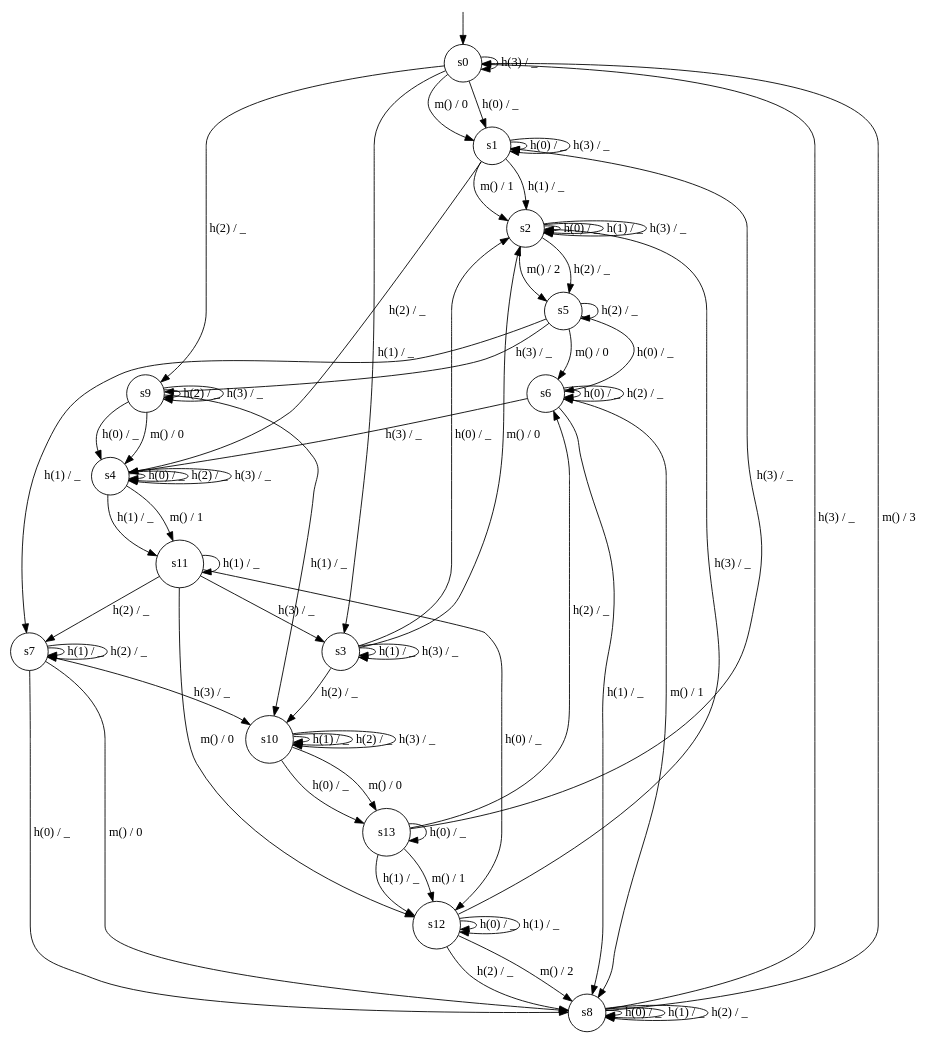
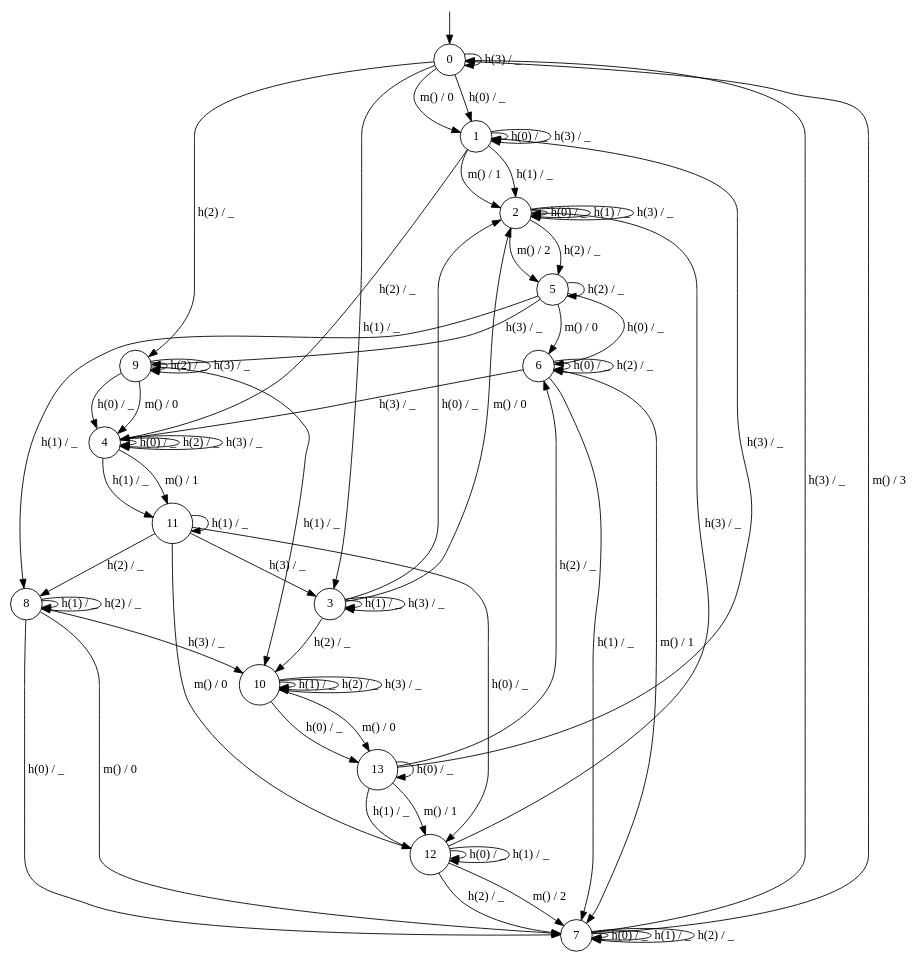
Before and after one commit to cgvwzq/polca: the diagram in models/simul/mru_4.dot, drawn with Graphviz.

Commit message:
fix reference model for mru

```diff
--- a/models/simul/mru_4.dot
+++ b/models/simul/mru_4.dot
@@ -1,91 +1,91 @@
 digraph g {
 
-	s0 [shape="circle" label="s0"];
-	s1 [shape="circle" label="s1"];
-	s2 [shape="circle" label="s2"];
-	s3 [shape="circle" label="s3"];
-	s4 [shape="circle" label="s4"];
-	s5 [shape="circle" label="s5"];
-	s6 [shape="circle" label="s6"];
-	s7 [shape="circle" label="s7"];
-	s8 [shape="circle" label="s8"];
-	s9 [shape="circle" label="s9"];
-	s10 [shape="circle" label="s10"];
-	s11 [shape="circle" label="s11"];
-	s12 [shape="circle" label="s12"];
-	s13 [shape="circle" label="s13"];
+	s0 [shape="circle" label="0"];
+	s1 [shape="circle" label="1"];
+	s2 [shape="circle" label="2"];
+	s3 [shape="circle" label="3"];
+	s4 [shape="circle" label="4"];
+	s5 [shape="circle" label="5"];
+	s6 [shape="circle" label="6"];
+	s7 [shape="circle" label="7"];
+	s8 [shape="circle" label="8"];
+	s9 [shape="circle" label="9"];
+	s10 [shape="circle" label="10"];
+	s11 [shape="circle" label="11"];
+	s12 [shape="circle" label="12"];
+	s13 [shape="circle" label="13"];
 	s0 -> s1 [label="h(0) / _"];
 	s0 -> s3 [label="h(1) / _"];
 	s0 -> s9 [label="h(2) / _"];
 	s0 -> s0 [label="h(3) / _"];
 	s0 -> s1 [label="m() / 0"];
 	s1 -> s1 [label="h(0) / _"];
 	s1 -> s2 [label="h(1) / _"];
 	s1 -> s4 [label="h(2) / _"];
 	s1 -> s1 [label="h(3) / _"];
 	s1 -> s2 [label="m() / 1"];
 	s2 -> s2 [label="h(0) / _"];
 	s2 -> s2 [label="h(1) / _"];
 	s2 -> s5 [label="h(2) / _"];
 	s2 -> s2 [label="h(3) / _"];
 	s2 -> s5 [label="m() / 2"];
 	s3 -> s2 [label="h(0) / _"];
 	s3 -> s3 [label="h(1) / _"];
 	s3 -> s10 [label="h(2) / _"];
 	s3 -> s3 [label="h(3) / _"];
 	s3 -> s2 [label="m() / 0"];
 	s4 -> s4 [label="h(0) / _"];
 	s4 -> s11 [label="h(1) / _"];
 	s4 -> s4 [label="h(2) / _"];
 	s4 -> s4 [label="h(3) / _"];
 	s4 -> s11 [label="m() / 1"];
 	s5 -> s6 [label="h(0) / _"];
-	s5 -> s7 [label="h(1) / _"];
+	s5 -> s8 [label="h(1) / _"];
 	s5 -> s5 [label="h(2) / _"];
 	s5 -> s9 [label="h(3) / _"];
 	s5 -> s6 [label="m() / 0"];
 	s6 -> s6 [label="h(0) / _"];
-	s6 -> s8 [label="h(1) / _"];
+	s6 -> s7 [label="h(1) / _"];
 	s6 -> s6 [label="h(2) / _"];
 	s6 -> s4 [label="h(3) / _"];
-	s6 -> s8 [label="m() / 1"];
-	s7 -> s8 [label="h(0) / _"];
+	s6 -> s7 [label="m() / 1"];
+	s7 -> s7 [label="h(0) / _"];
 	s7 -> s7 [label="h(1) / _"];
 	s7 -> s7 [label="h(2) / _"];
-	s7 -> s10 [label="h(3) / _"];
-	s7 -> s8 [label="m() / 0"];
-	s8 -> s8 [label="h(0) / _"];
+	s7 -> s0 [label="h(3) / _"];
+	s7 -> s0 [label="m() / 3"];
+	s8 -> s7 [label="h(0) / _"];
 	s8 -> s8 [label="h(1) / _"];
 	s8 -> s8 [label="h(2) / _"];
-	s8 -> s0 [label="h(3) / _"];
-	s8 -> s0 [label="m() / 3"];
+	s8 -> s10 [label="h(3) / _"];
+	s8 -> s7 [label="m() / 0"];
 	s9 -> s4 [label="h(0) / _"];
 	s9 -> s10 [label="h(1) / _"];
 	s9 -> s9 [label="h(2) / _"];
 	s9 -> s9 [label="h(3) / _"];
 	s9 -> s4 [label="m() / 0"];
 	s10 -> s13 [label="h(0) / _"];
 	s10 -> s10 [label="h(1) / _"];
 	s10 -> s10 [label="h(2) / _"];
 	s10 -> s10 [label="h(3) / _"];
 	s10 -> s13 [label="m() / 0"];
 	s11 -> s12 [label="h(0) / _"];
 	s11 -> s11 [label="h(1) / _"];
-	s11 -> s7 [label="h(2) / _"];
+	s11 -> s8 [label="h(2) / _"];
 	s11 -> s3 [label="h(3) / _"];
 	s11 -> s12 [label="m() / 0"];
 	s12 -> s12 [label="h(0) / _"];
 	s12 -> s12 [label="h(1) / _"];
-	s12 -> s8 [label="h(2) / _"];
+	s12 -> s7 [label="h(2) / _"];
 	s12 -> s2 [label="h(3) / _"];
-	s12 -> s8 [label="m() / 2"];
+	s12 -> s7 [label="m() / 2"];
 	s13 -> s13 [label="h(0) / _"];
 	s13 -> s12 [label="h(1) / _"];
 	s13 -> s6 [label="h(2) / _"];
 	s13 -> s1 [label="h(3) / _"];
 	s13 -> s12 [label="m() / 1"];
 
 __start0 [label="" shape="none" width="0" height="0"];
 __start0 -> s0;
 
 }
```
